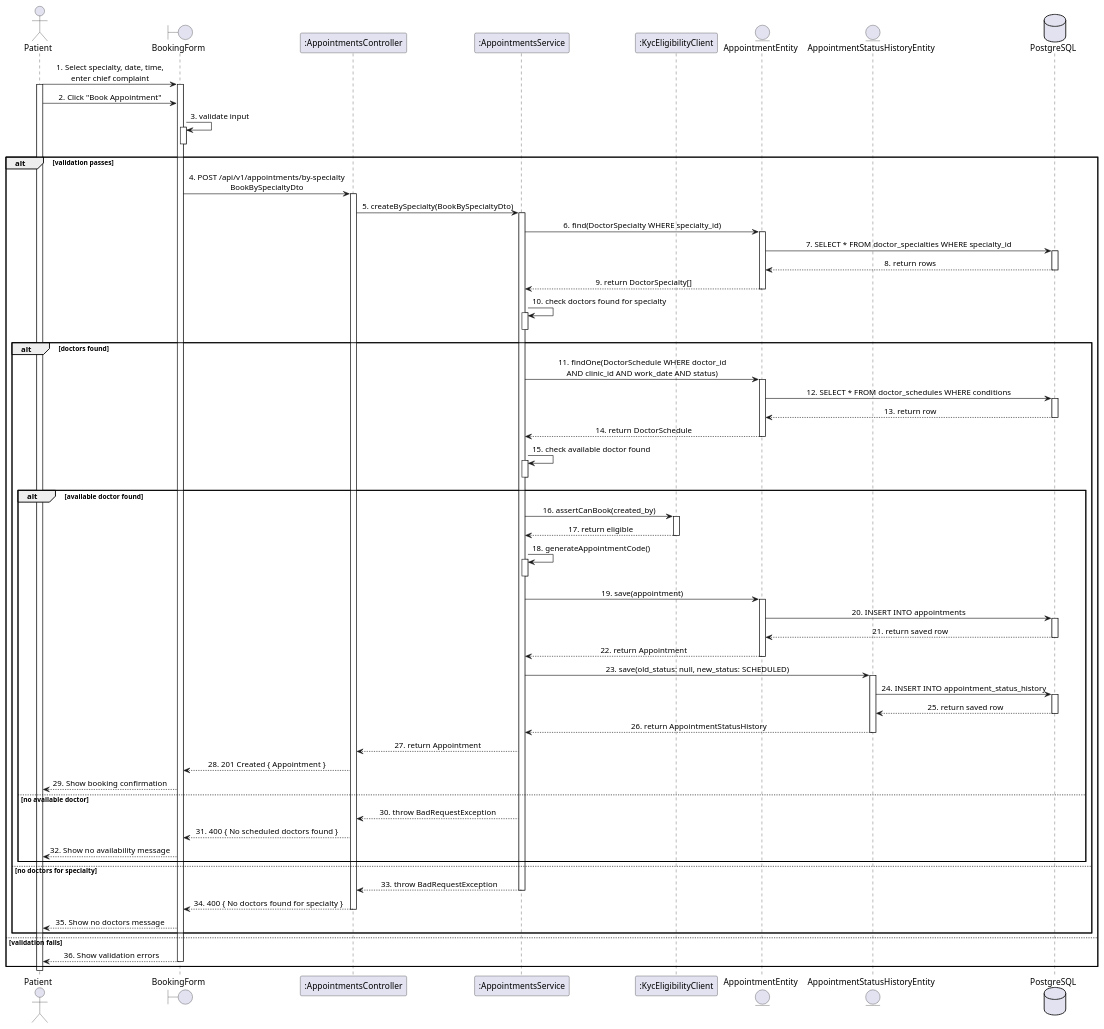
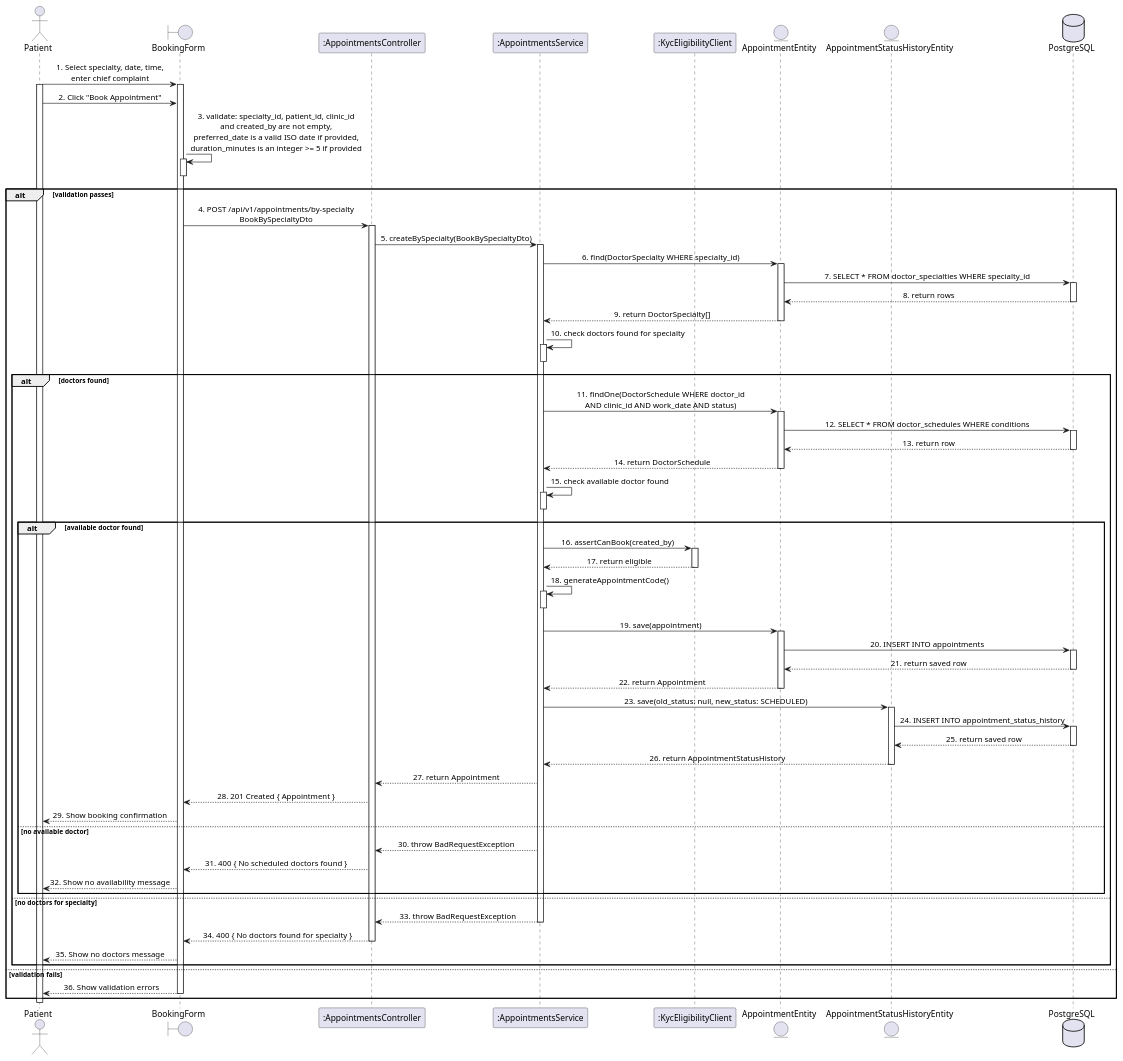
One commit to LTPPPP/Smart-Medical-Intelligent-Ledger-for-E-health-S.M.I.L.E- changed the diagram in docs/sequence-diagram/UC49_CreateAppointmentBySpecialty.puml. Above: the diagram before and after it, drawn with PlantUML. The commit also changed 31 other files, not shown here.

```diff
--- a/docs/sequence-diagram/UC49_CreateAppointmentBySpecialty.puml
+++ b/docs/sequence-diagram/UC49_CreateAppointmentBySpecialty.puml
@@ -1,105 +1,105 @@
 @startuml SequenceDiagram
 skinparam shadowing false
 skinparam sequenceMessageAlign center
 actor "Patient" as user
 boundary "BookingForm" as page
 participant ":AppointmentsController" as ctrl
 participant ":AppointmentsService" as aptSvc
 participant ":KycEligibilityClient" as kyc
 entity "AppointmentEntity" as aptEntity
 entity "AppointmentStatusHistoryEntity" as histEntity
 database "PostgreSQL" as db
 
 user -> page : 1. Select specialty, date, time,\nenter chief complaint
 activate user
 activate page
 
 user -> page : 2. Click "Book Appointment"
-page -> page : 3. validate input
+page -> page : 3. validate: specialty_id, patient_id, clinic_id\nand created_by are not empty,\npreferred_date is a valid ISO date if provided,\nduration_minutes is an integer >= 5 if provided
 activate page
 deactivate page
 alt validation passes
   page -> ctrl : 4. POST /api/v1/appointments/by-specialty\nBookBySpecialtyDto
   activate ctrl
 
   ctrl -> aptSvc : 5. createBySpecialty(BookBySpecialtyDto)
   activate aptSvc
 
   aptSvc -> aptEntity : 6. find(DoctorSpecialty WHERE specialty_id)
   activate aptEntity
   aptEntity -> db : 7. SELECT * FROM doctor_specialties WHERE specialty_id
   activate db
   db --> aptEntity : 8. return rows
   deactivate db
   aptEntity --> aptSvc : 9. return DoctorSpecialty[]
   deactivate aptEntity
 
   aptSvc -> aptSvc : 10. check doctors found for specialty
   activate aptSvc
   deactivate aptSvc
   alt doctors found
     aptSvc -> aptEntity : 11. findOne(DoctorSchedule WHERE doctor_id\nAND clinic_id AND work_date AND status)
     activate aptEntity
     aptEntity -> db : 12. SELECT * FROM doctor_schedules WHERE conditions
     activate db
     db --> aptEntity : 13. return row
     deactivate db
     aptEntity --> aptSvc : 14. return DoctorSchedule
     deactivate aptEntity
 
     aptSvc -> aptSvc : 15. check available doctor found
     activate aptSvc
     deactivate aptSvc
     alt available doctor found
       aptSvc -> kyc : 16. assertCanBook(created_by)
       activate kyc
       kyc --> aptSvc : 17. return eligible
       deactivate kyc
 
       aptSvc -> aptSvc : 18. generateAppointmentCode()
       activate aptSvc
       deactivate aptSvc
 
       aptSvc -> aptEntity : 19. save(appointment)
       activate aptEntity
       aptEntity -> db : 20. INSERT INTO appointments
       activate db
       db --> aptEntity : 21. return saved row
       deactivate db
       aptEntity --> aptSvc : 22. return Appointment
       deactivate aptEntity
 
       aptSvc -> histEntity : 23. save(old_status: null, new_status: SCHEDULED)
       activate histEntity
       histEntity -> db : 24. INSERT INTO appointment_status_history
       activate db
       db --> histEntity : 25. return saved row
       deactivate db
       histEntity --> aptSvc : 26. return AppointmentStatusHistory
       deactivate histEntity
 
       aptSvc --> ctrl : 27. return Appointment
 
       ctrl --> page : 28. 201 Created { Appointment }
 
       page --> user : 29. Show booking confirmation
     else no available doctor
       aptSvc --> ctrl : 30. throw BadRequestException
       ctrl --> page : 31. 400 { No scheduled doctors found }
       page --> user : 32. Show no availability message
     end
   else no doctors for specialty
     aptSvc --> ctrl : 33. throw BadRequestException
     deactivate aptSvc
     ctrl --> page : 34. 400 { No doctors found for specialty }
     deactivate ctrl
     page --> user : 35. Show no doctors message
   end
 else validation fails
   page --> user : 36. Show validation errors
   deactivate page
 end
 
 deactivate user
 
 @enduml
```
